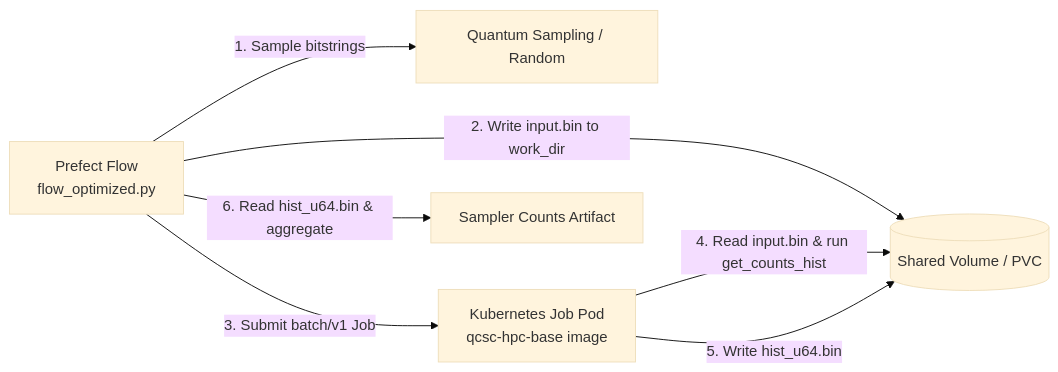
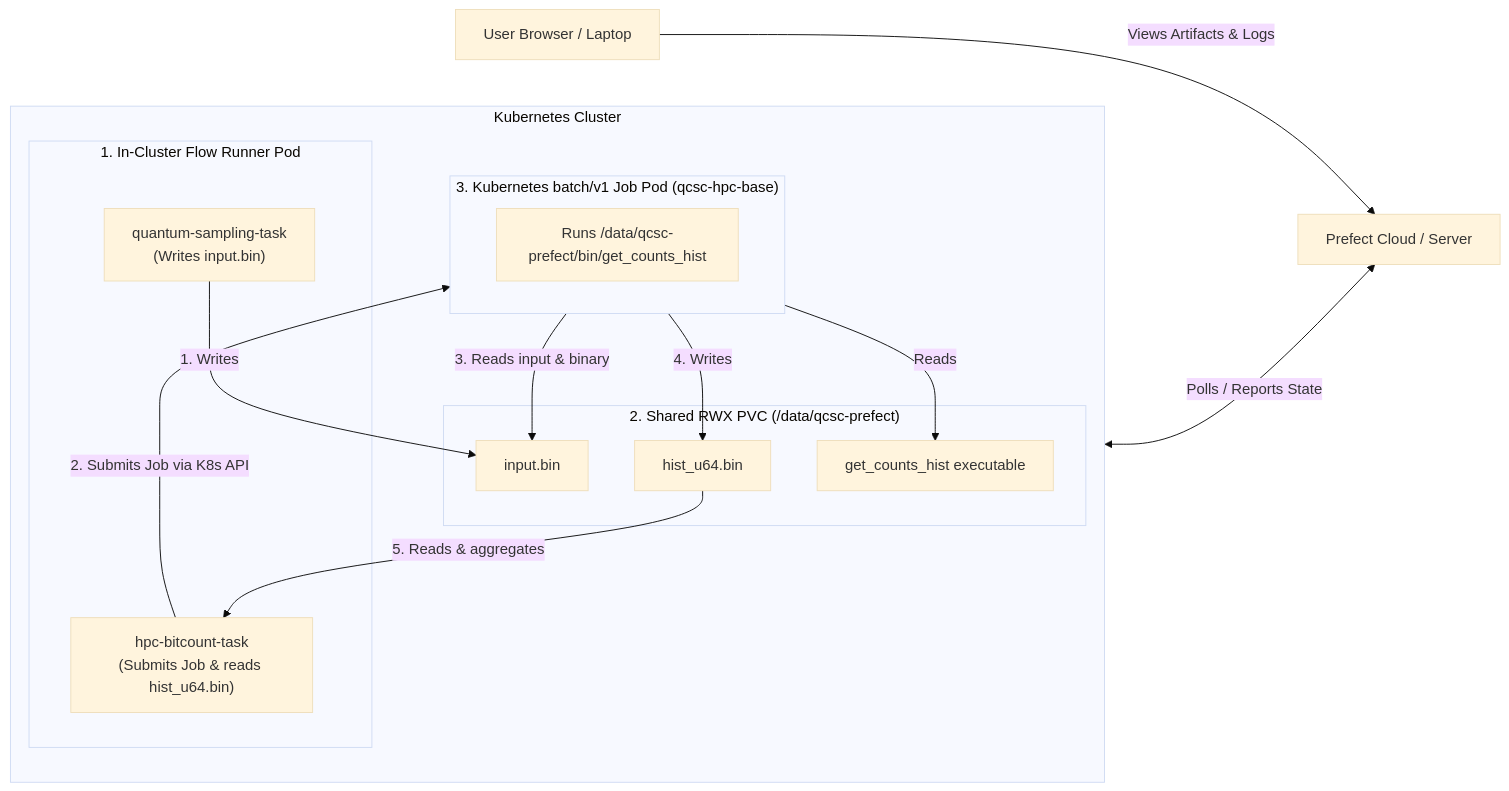
The diagram in docs/tutorials/create_qcsc_workflow_for_kubernetes.md (lzhuangGit/qcsc-prefect), drawn with Mermaid (base theme) before and after one commit. The commit also changed other lines of this file and 5 other files, not shown here.

Commit message:
Add Kubernetes support for BitCount tutorial and resolve in-cluster execution issues

````diff
--- a/docs/tutorials/create_qcsc_workflow_for_kubernetes.md
+++ b/docs/tutorials/create_qcsc_workflow_for_kubernetes.md
@@ -8,9 +14,30 @@
 ```mermaid
 flowchart LR
-    F[Prefect Flow<br/>flow_optimized.py] -->|1. Sample bitstrings| QS[Quantum Sampling / Random]
-    F -->|2. Write input.bin to work_dir| V[(Shared Volume / PVC)]
-    F -->|3. Submit batch/v1 Job| K8s[Kubernetes Job Pod<br/>qcsc-hpc-base image]
-    K8s -->|4. Read input.bin & run get_counts_hist| V
-    K8s -->|5. Write hist_u64.bin| V
-    F -->|6. Read hist_u64.bin & aggregate| Res[Sampler Counts Artifact]
+    subgraph K8s["Kubernetes Cluster"]
+        direction TB
+        subgraph RunnerPod["1. In-Cluster Flow Runner Pod"]
+            QS["quantum-sampling-task<br/>(Writes input.bin)"]
+            HB["hpc-bitcount-task<br/>(Submits Job & reads hist_u64.bin)"]
+        end
+
+        subgraph SharedPVC["2. Shared RWX PVC (/data/qcsc-prefect)"]
+            IN[input.bin]
+            OUT[hist_u64.bin]
+            BIN[get_counts_hist executable]
+        end
+
+        subgraph JobPod["3. Kubernetes batch/v1 Job Pod (qcsc-hpc-base)"]
+            EXEC["Runs /data/qcsc-prefect/bin/get_counts_hist"]
+        end
+
+        QS -->|1. Writes| IN
+        HB -->|2. Submits Job via K8s API| JobPod
+        JobPod -->|3. Reads input & binary| IN
+        JobPod -->|Reads| BIN
+        JobPod -->|4. Writes| OUT
+        OUT -->|5. Reads & aggregates| HB
+    end
+
+    U[User Browser / Laptop] -->|Views Artifacts & Logs| P[Prefect Cloud / Server]
+    RunnerPod <-->|Polls / Reports State| P
 ```
````
